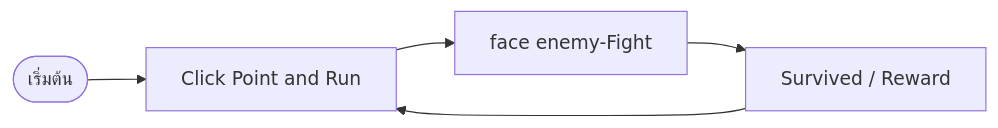
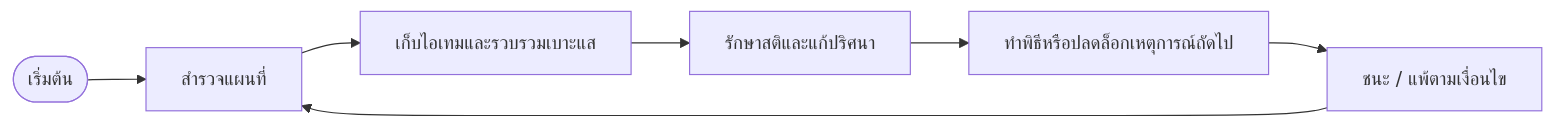
The diagram in [project-Don_tbeacund]-Prt_Proj-A/Docs/gdd/01-core-loop.md (thanapoom697-maker/New-folder-Dg225-682110117), drawn with Mermaid before and after one commit. The commit also changed other lines of this file and 8 other files, not shown here.

````diff
--- a/[project-Don_tbeacund]-Prt_Proj-A/Docs/gdd/01-core-loop.md
+++ b/[project-Don_tbeacund]-Prt_Proj-A/Docs/gdd/01-core-loop.md
@@ -10,7 +10,9 @@
 ```mermaid
 flowchart LR
-    A([เริ่มต้น]) --> B[Click Point and Run]
-    B --> C[face enemy-Fight]
-    C --> D[Survived / Reward]
-    D --> B
+    A([เริ่มต้น]) --> B[สำรวจแผนที่]
+    B --> C[เก็บไอเทมและรวบรวมเบาะแส]
+    C --> D[รักษาสติและแก้ปริศนา]
+    D --> E[ทำพิธีหรือปลดล็อกเหตุการณ์ถัดไป]
+    E --> F[ชนะ / แพ้ตามเงื่อนไข]
+    F --> B
 ```
````
